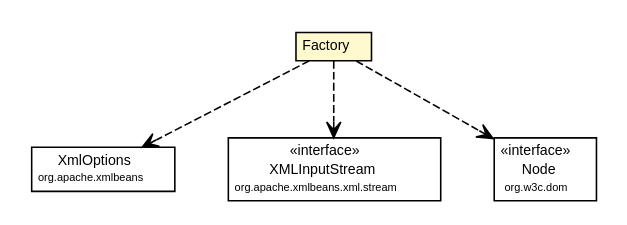
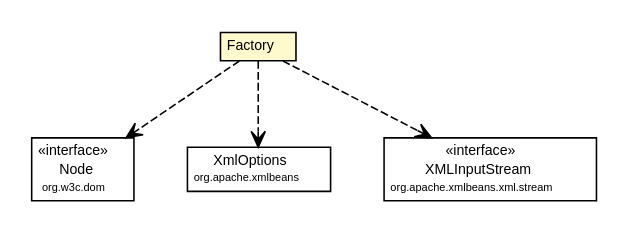
One commit to synchronoss/cpo-util changed the diagram in site/apidocs/org/synchronoss/cpo/util/cpoUtilConfig/CtDataConfig.Factory.dot. Above: the diagram before and after it, drawn with Graphviz. The commit also changed 304 other files, not shown here.

Commit message:
Creating site for cpoUtil, 5.1.1-SNAPSHOT

```diff
--- a/site/apidocs/org/synchronoss/cpo/util/cpoUtilConfig/CtDataConfig.Factory.dot
+++ b/site/apidocs/org/synchronoss/cpo/util/cpoUtilConfig/CtDataConfig.Factory.dot
@@ -1,45 +1,45 @@
 #!/usr/local/bin/dot
 #
 # Class diagram 
 # Generated by UmlGraph version 4.6 (http://www.spinellis.gr/sw/umlgraph)
 #
 
 digraph G {
 	edge [fontname="Helvetica",fontsize=10,labelfontname="Helvetica",labelfontsize=10];
 	node [fontname="Helvetica",fontsize=10,shape=plaintext];
 	// org.synchronoss.cpo.util.cpoUtilConfig.CtDataConfig.Factory
 	c4689 [label=<<table border="0" cellborder="1" cellspacing="0" cellpadding="2" port="p" bgcolor="lemonChiffon" href="./CtDataConfig.Factory.html">
 		<tr><td><table border="0" cellspacing="0" cellpadding="1">
 			<tr><td> Factory </td></tr>
 		</table></td></tr>
 		</table>>, fontname="Helvetica", fontcolor="black", fontsize=9.0];
+	// org.synchronoss.cpo.util.cpoUtilConfig.CtDataConfig.Factory DEPEND org.w3c.dom.Node
+	c4689:p -> c4706:p [taillabel="", label="", headlabel="", fontname="Helvetica", fontcolor="black", fontsize=10.0, color="black", arrowhead=open, style=dashed];
 	// org.synchronoss.cpo.util.cpoUtilConfig.CtDataConfig.Factory DEPEND org.apache.xmlbeans.XmlOptions
-	c4689:p -> c4708:p [taillabel="", label="", headlabel="", fontname="Helvetica", fontcolor="black", fontsize=10.0, color="black", arrowhead=open, style=dashed];
+	c4689:p -> c4709:p [taillabel="", label="", headlabel="", fontname="Helvetica", fontcolor="black", fontsize=10.0, color="black", arrowhead=open, style=dashed];
 	// org.synchronoss.cpo.util.cpoUtilConfig.CtDataConfig.Factory DEPEND org.apache.xmlbeans.xml.stream.XMLInputStream
-	c4689:p -> c4709:p [taillabel="", label="", headlabel="", fontname="Helvetica", fontcolor="black", fontsize=10.0, color="black", arrowhead=open, style=dashed];
-	// org.synchronoss.cpo.util.cpoUtilConfig.CtDataConfig.Factory DEPEND org.w3c.dom.Node
 	c4689:p -> c4710:p [taillabel="", label="", headlabel="", fontname="Helvetica", fontcolor="black", fontsize=10.0, color="black", arrowhead=open, style=dashed];
 	// org.apache.xmlbeans.xml.stream.XMLInputStream
-	c4709 [label=<<table border="0" cellborder="1" cellspacing="0" cellpadding="2" port="p" href="http://java.sun.com/j2se/1.4.2/docs/api/org/apache/xmlbeans/xml/stream/XMLInputStream.html">
+	c4710 [label=<<table border="0" cellborder="1" cellspacing="0" cellpadding="2" port="p" href="http://java.sun.com/j2se/1.4.2/docs/api/org/apache/xmlbeans/xml/stream/XMLInputStream.html">
 		<tr><td><table border="0" cellspacing="0" cellpadding="1">
 			<tr><td> &laquo;interface&raquo; </td></tr>
 			<tr><td> XMLInputStream </td></tr>
 			<tr><td><font point-size="7.0"> org.apache.xmlbeans.xml.stream </font></td></tr>
 		</table></td></tr>
 		</table>>, fontname="Helvetica", fontcolor="black", fontsize=9.0];
 	// org.w3c.dom.Node
-	c4710 [label=<<table border="0" cellborder="1" cellspacing="0" cellpadding="2" port="p" href="http://java.sun.com/j2se/1.4.2/docs/api/org/w3c/dom/Node.html">
+	c4706 [label=<<table border="0" cellborder="1" cellspacing="0" cellpadding="2" port="p" href="http://java.sun.com/j2se/1.4.2/docs/api/org/w3c/dom/Node.html">
 		<tr><td><table border="0" cellspacing="0" cellpadding="1">
 			<tr><td> &laquo;interface&raquo; </td></tr>
 			<tr><td> Node </td></tr>
 			<tr><td><font point-size="7.0"> org.w3c.dom </font></td></tr>
 		</table></td></tr>
 		</table>>, fontname="Helvetica", fontcolor="black", fontsize=9.0];
 	// org.apache.xmlbeans.XmlOptions
-	c4708 [label=<<table border="0" cellborder="1" cellspacing="0" cellpadding="2" port="p" href="http://java.sun.com/j2se/1.4.2/docs/api/org/apache/xmlbeans/XmlOptions.html">
+	c4709 [label=<<table border="0" cellborder="1" cellspacing="0" cellpadding="2" port="p" href="http://java.sun.com/j2se/1.4.2/docs/api/org/apache/xmlbeans/XmlOptions.html">
 		<tr><td><table border="0" cellspacing="0" cellpadding="1">
 			<tr><td> XmlOptions </td></tr>
 			<tr><td><font point-size="7.0"> org.apache.xmlbeans </font></td></tr>
 		</table></td></tr>
 		</table>>, fontname="Helvetica", fontcolor="black", fontsize=9.0];
 }
```
